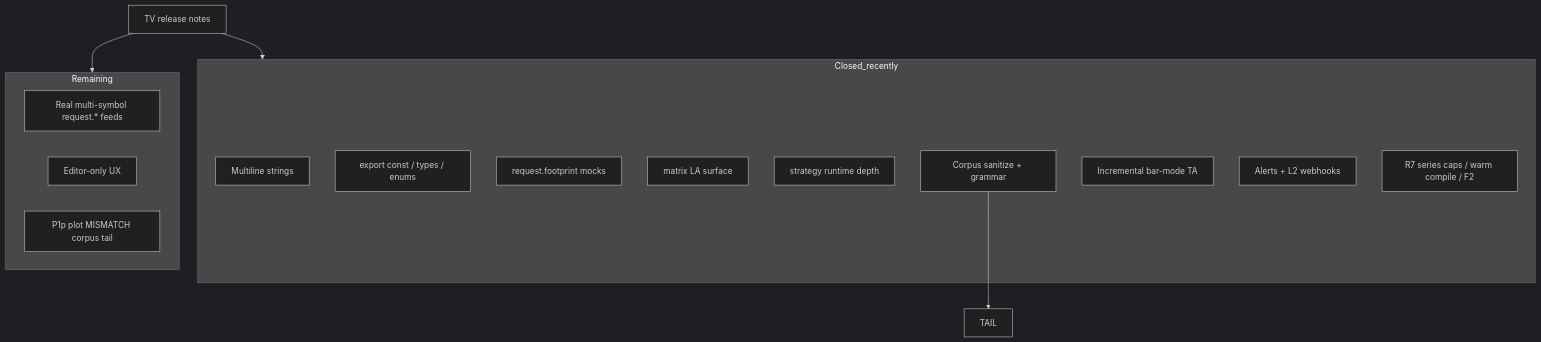
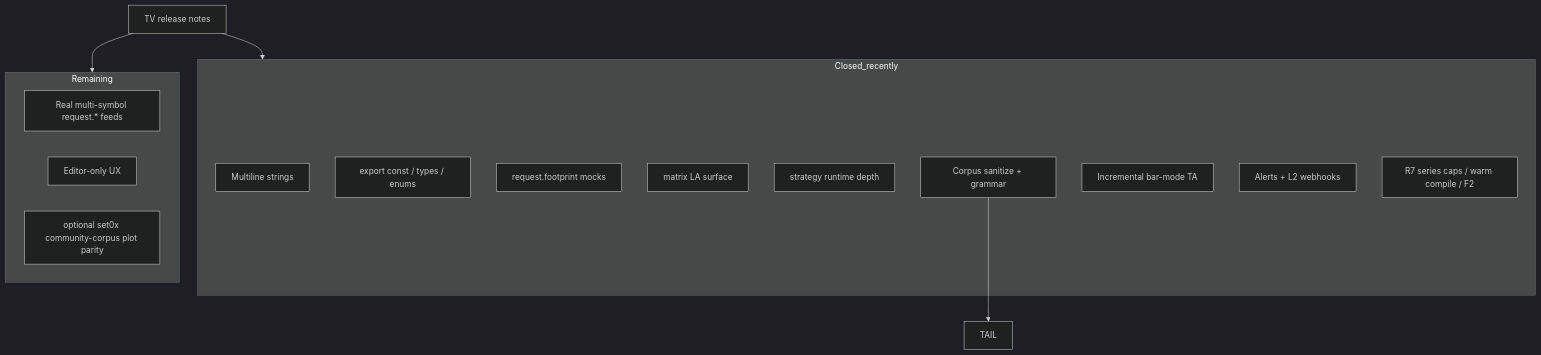
One commit to hoox-sh/pyne changed the diagram in docs/pyne/reference/missing-features.mdx. Above: the diagram before and after it, drawn with Mermaid (dark theme). The commit also changed 8 other files, not shown here.

````diff
--- a/docs/pyne/reference/missing-features.mdx
+++ b/docs/pyne/reference/missing-features.mdx
@@ -35,22 +35,22 @@
 ```mermaid
 flowchart TB
   subgraph Closed_recently
     ML[Multiline strings]
     EX[export const / types / enums]
     FP[request.footprint mocks]
     MAT[matrix LA surface]
     STR[strategy runtime depth]
     CORP[Corpus sanitize + grammar]
     PERF[Incremental bar-mode TA]
     ALERT[Alerts + L2 webhooks]
     R7[R7 series caps / warm compile / F2]
   end
   subgraph Remaining
     RD[Real multi-symbol request.* feeds]
     ED[Editor-only UX]
-    P1p[P1p plot MISMATCH corpus tail]
+    P1p[optional set0x community-corpus plot parity]
   end
   TV[TV release notes] --> Closed_recently
   TV --> Remaining
   CORP --> TAIL
 ```
````
